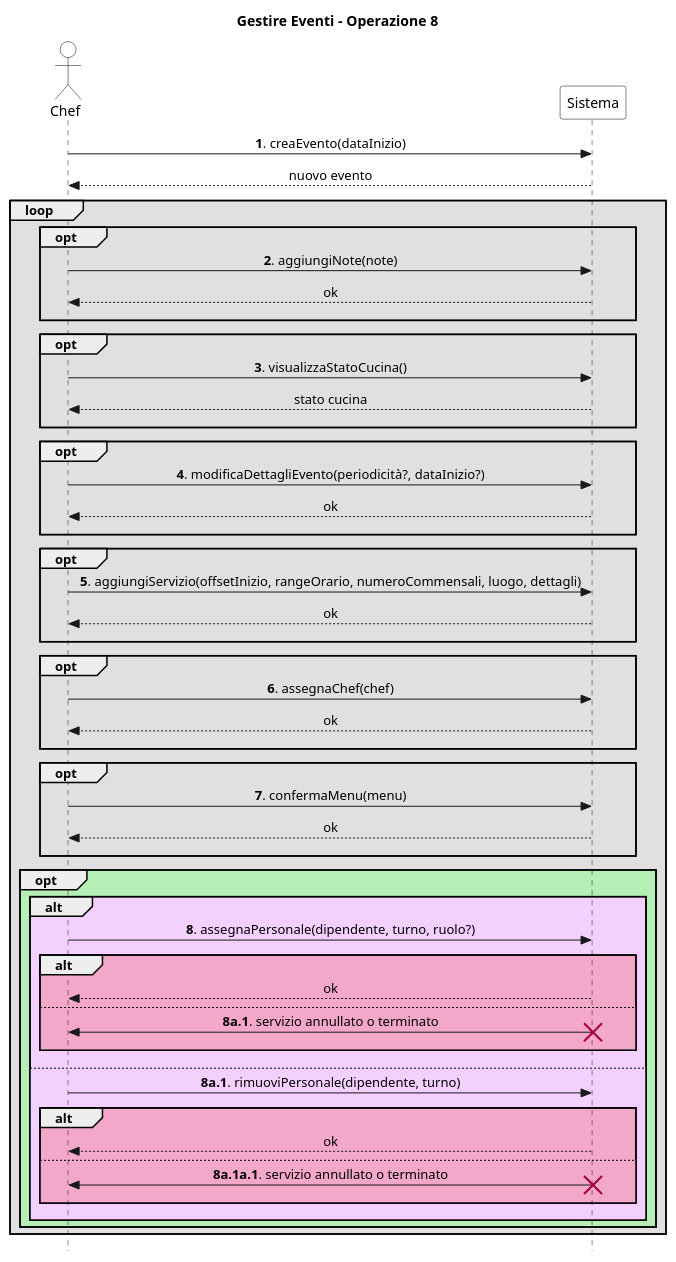
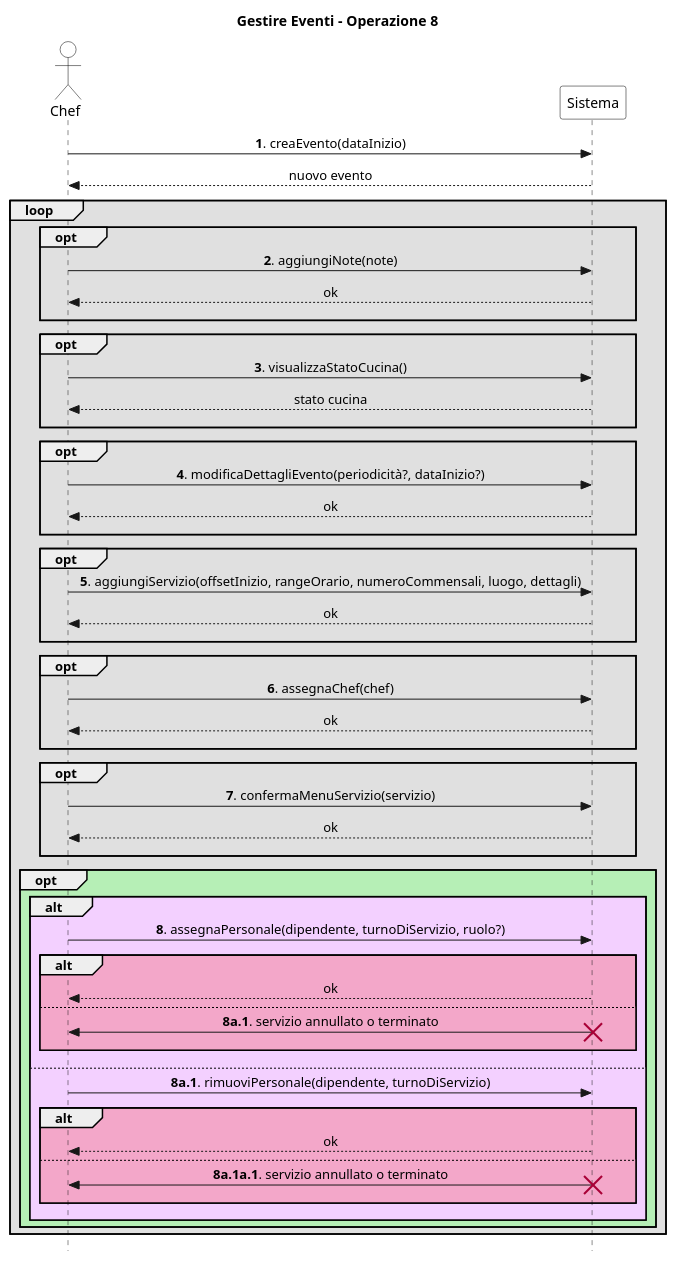
The diagram in UP/Requisiti/UC Gestire Eventi/SSD/Estensioni-Eccezioni Op8.puml (stefa168/sas-project), drawn with PlantUML before and after one commit. The commit also changed 4 other files, not shown here.

```diff
--- a/UP/Requisiti/UC Gestire Eventi/SSD/Estensioni-Eccezioni Op8.puml
+++ b/UP/Requisiti/UC Gestire Eventi/SSD/Estensioni-Eccezioni Op8.puml
@@ -1,81 +1,81 @@
 @startuml
 skinparam Style strictuml
 skinparam SequenceMessageAlign center
 
 skinparam sequence {
     ActorBorderColor Black
     ActorBackgroundColor White
     ParticipantBorderColor Black
     ParticipantBackgroundColor White
 }
 
 actor Chef
 participant Sistema
 
 title Gestire Eventi - Operazione 8
 
 Chef -> Sistema: **1**. creaEvento(dataInizio)
 return nuovo evento
 
 loop #e0e0e0
     opt #e0e0e0
         Chef -> Sistema: **2**. aggiungiNote(note)
         return ok
         ||10||
     end
 
     opt #e0e0e0
         Chef -> Sistema: **3**. visualizzaStatoCucina()
         return stato cucina
         ||10||
     end
 
     opt #e0e0e0
         Chef -> Sistema: **4**. modificaDettagliEvento(periodicità?, dataInizio?)
         return ok
         ||10||
     end
 
     opt #e0e0e0
         Chef -> Sistema: **5**. aggiungiServizio(offsetInizio, rangeOrario, numeroCommensali, luogo, dettagli)
         return ok
         ||10||
     end
 
     opt #e0e0e0
         Chef -> Sistema: **6**. assegnaChef(chef)
         return ok
         ||10||
     end
 
     opt #e0e0e0
-        Chef -> Sistema: **7**. confermaMenu(menu)
+        Chef -> Sistema: **7**. confermaMenuServizio(servizio)
         return ok
         ||10||
     end
 
     opt #b6efb6
         alt #f3d0ff
-            Chef -> Sistema: **8**. assegnaPersonale(dipendente, turno, ruolo?)
+            Chef -> Sistema: **8**. assegnaPersonale(dipendente, turnoDiServizio, ruolo?)
             alt #f3a7c9
                 return ok
             else
                 Chef <- Sistema: **8a.1**. servizio annullato o terminato
                 destroy Sistema
                 ||10||
             end
             ||10||
         else
-            Chef -> Sistema: **8a.1**. rimuoviPersonale(dipendente, turno)
+            Chef -> Sistema: **8a.1**. rimuoviPersonale(dipendente, turnoDiServizio)
             alt #f3a7c9
                 return ok
             else
                 Chef <- Sistema: **8a.1a.1**. servizio annullato o terminato
                 destroy Sistema
                 ||10||
             end
             ||10||
         end
     end
 end
 @enduml
```
